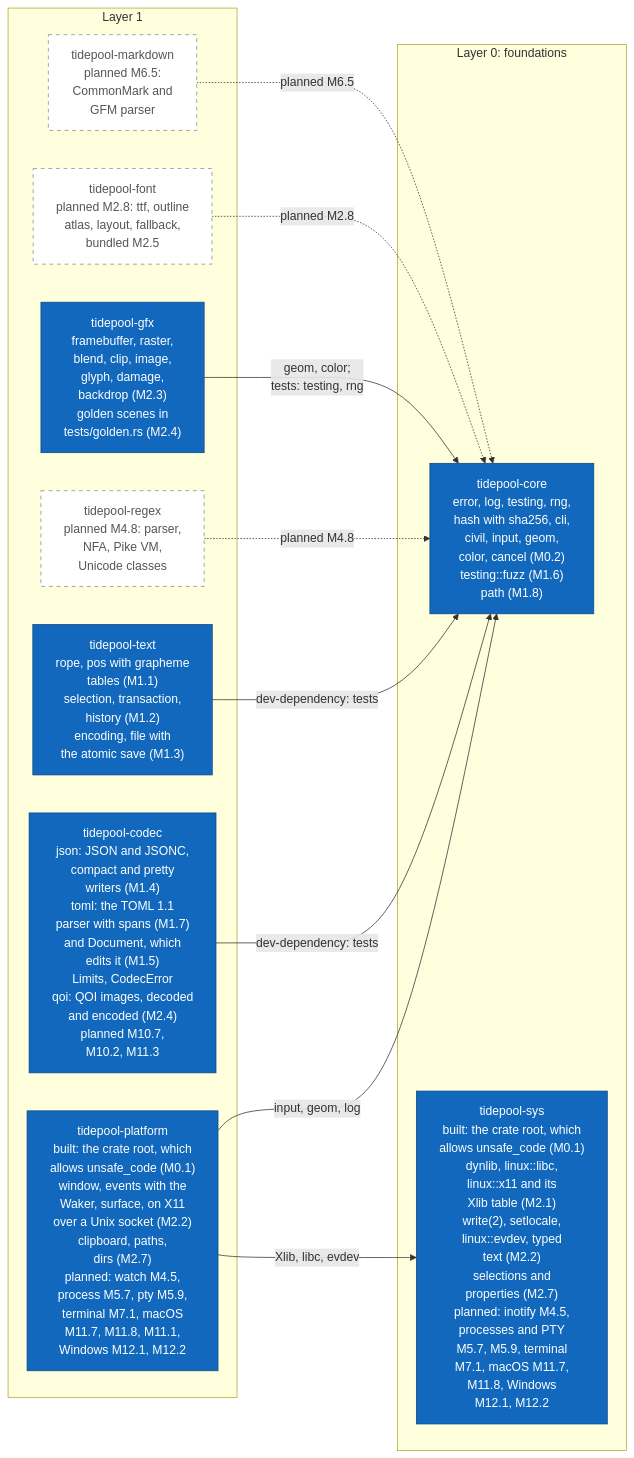
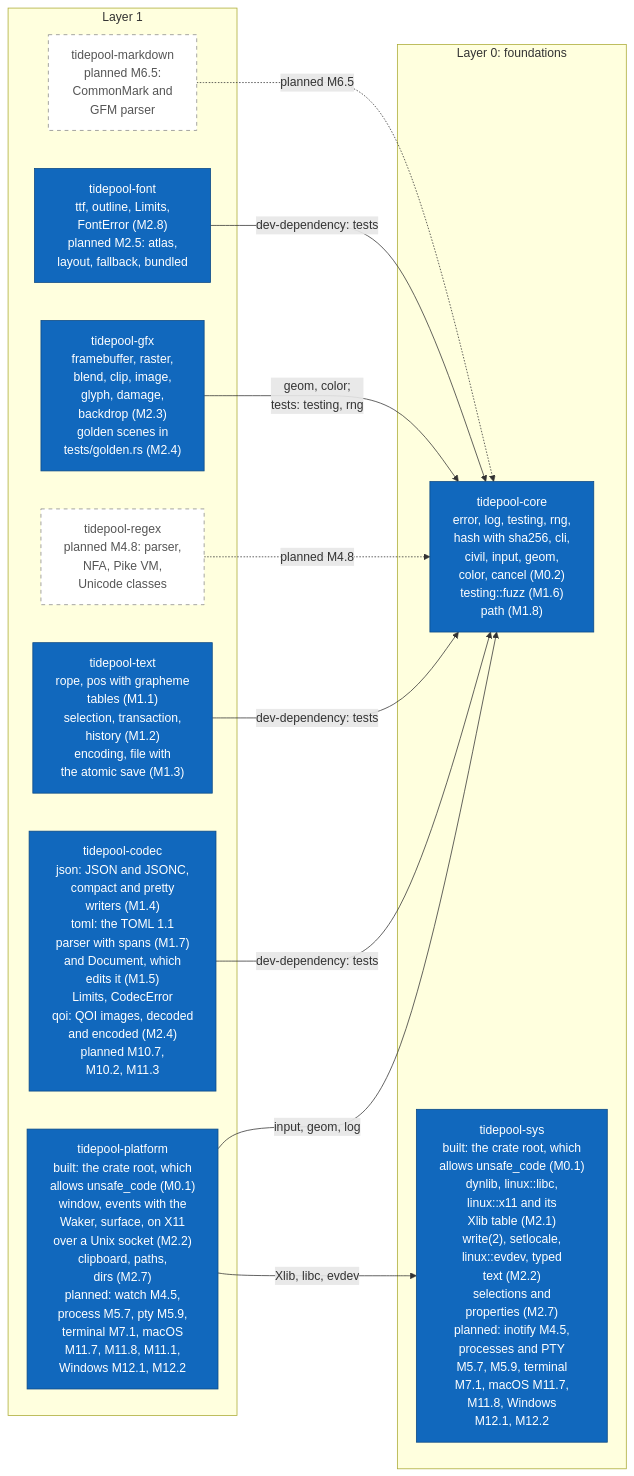
One commit to jabbott-iii/Tidepool changed the sixth of 17 diagrams in diagrams/c4-architecture.md. Above: the diagram before and after it, drawn with Mermaid. The commit also changed other lines of this file and 66 other files, not shown here.

First line of the commit message:
font: TrueType parser, outline rasterizer and bundled fonts (M2.8)

````diff
--- a/diagrams/c4-architecture.md
+++ b/diagrams/c4-architecture.md
@@ -304,30 +306,30 @@
 ```mermaid
 flowchart LR
     subgraph L1["Layer 1"]
         k_platform["tidepool-platform<br/>built: the crate root, which<br/>allows unsafe_code (M0.1)<br/>window, events with the<br/>Waker, surface, on X11<br/>over a Unix socket (M2.2)<br/>clipboard, paths,<br/>dirs (M2.7)<br/>planned: watch M4.5,<br/>process M5.7, pty M5.9,<br/>terminal M7.1, macOS<br/>M11.7, M11.8, M11.1,<br/>Windows M12.1, M12.2"]
         k_codec["tidepool-codec<br/>json: JSON and JSONC,<br/>compact and pretty<br/>writers (M1.4)<br/>toml: the TOML 1.1<br/>parser with spans (M1.7)<br/>and Document, which<br/>edits it (M1.5)<br/>Limits, CodecError<br/>qoi: QOI images, decoded<br/>and encoded (M2.4)<br/>planned M10.7,<br/>M10.2, M11.3"]
         k_text["tidepool-text<br/>rope, pos with grapheme<br/>tables (M1.1)<br/>selection, transaction,<br/>history (M1.2)<br/>encoding, file with<br/>the atomic save (M1.3)"]
         k_regex["tidepool-regex<br/>planned M4.8: parser,<br/>NFA, Pike VM,<br/>Unicode classes"]
         k_gfx["tidepool-gfx<br/>framebuffer, raster,<br/>blend, clip, image,<br/>glyph, damage,<br/>backdrop (M2.3)<br/>golden scenes in<br/>tests/golden.rs (M2.4)"]
-        k_font["tidepool-font<br/>planned M2.8: ttf, outline<br/>atlas, layout, fallback,<br/>bundled M2.5"]
+        k_font["tidepool-font<br/>ttf, outline, Limits,<br/>FontError (M2.8)<br/>planned M2.5: atlas,<br/>layout, fallback, bundled"]
         k_markdown["tidepool-markdown<br/>planned M6.5:<br/>CommonMark and<br/>GFM parser"]
     end
     subgraph L0["Layer 0: foundations"]
         k_core["tidepool-core<br/>error, log, testing, rng,<br/>hash with sha256, cli,<br/>civil, input, geom,<br/>color, cancel (M0.2)<br/>testing::fuzz (M1.6)<br/>path (M1.8)"]
         k_sys["tidepool-sys<br/>built: the crate root, which<br/>allows unsafe_code (M0.1)<br/>dynlib, linux::libc,<br/>linux::x11 and its<br/>Xlib table (M2.1)<br/>write(2), setlocale,<br/>linux::evdev, typed<br/>text (M2.2)<br/>selections and<br/>properties (M2.7)<br/>planned: inotify M4.5,<br/>processes and PTY<br/>M5.7, M5.9, terminal<br/>M7.1, macOS M11.7,<br/>M11.8, Windows<br/>M12.1, M12.2"]
     end
 
     k_platform -->|"input, geom, log"| k_core
     k_platform -->|"Xlib, libc, evdev"| k_sys
     k_codec -->|"dev-dependency: tests"| k_core
     k_text -->|"dev-dependency: tests"| k_core
     k_regex -.->|"planned M4.8"| k_core
     k_gfx -->|"geom, color;<br/>tests: testing, rng"| k_core
-    k_font -.->|"planned M2.8"| k_core
+    k_font -->|"dev-dependency: tests"| k_core
     k_markdown -.->|"planned M6.5"| k_core
 
     classDef built fill:#1168bd,stroke:#0b4884,color:#ffffff
     classDef planned fill:#ffffff,stroke:#888888,stroke-dasharray: 5 5,color:#555555
-    class k_platform,k_codec,k_text,k_gfx,k_core,k_sys built
-    class k_regex,k_font,k_markdown planned
+    class k_platform,k_codec,k_text,k_gfx,k_font,k_core,k_sys built
+    class k_regex,k_markdown planned
 ```
````
